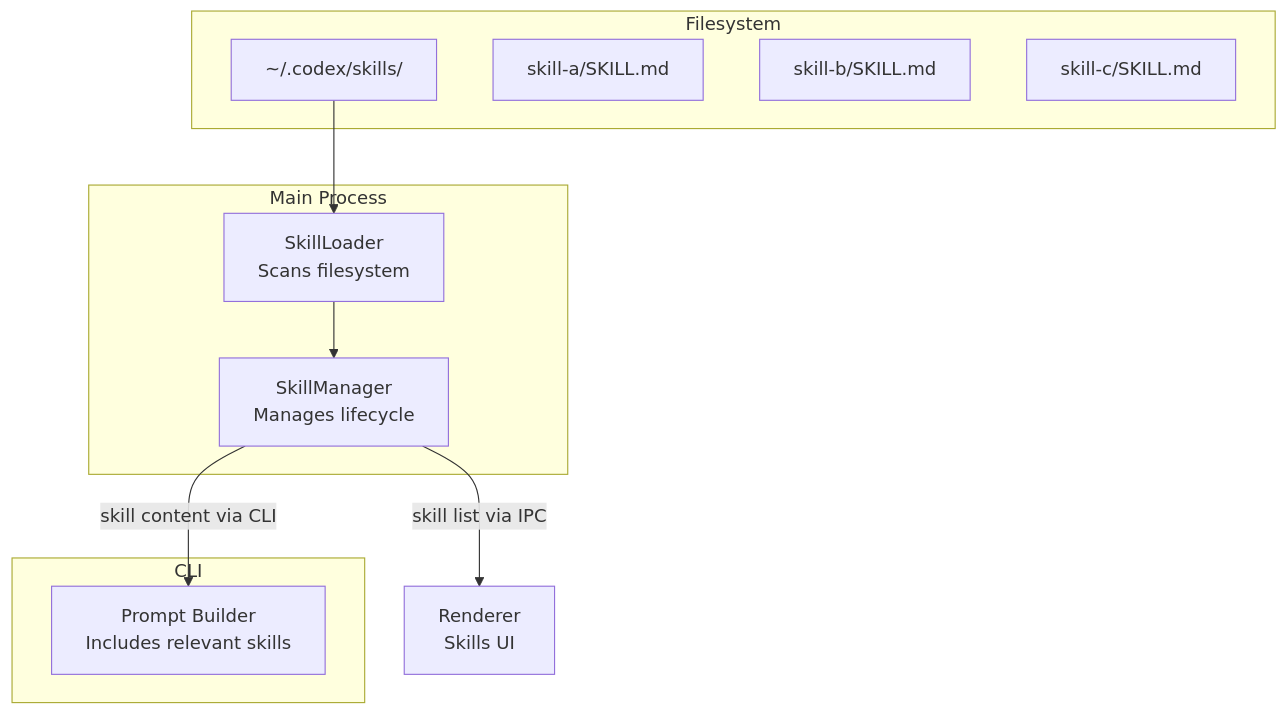
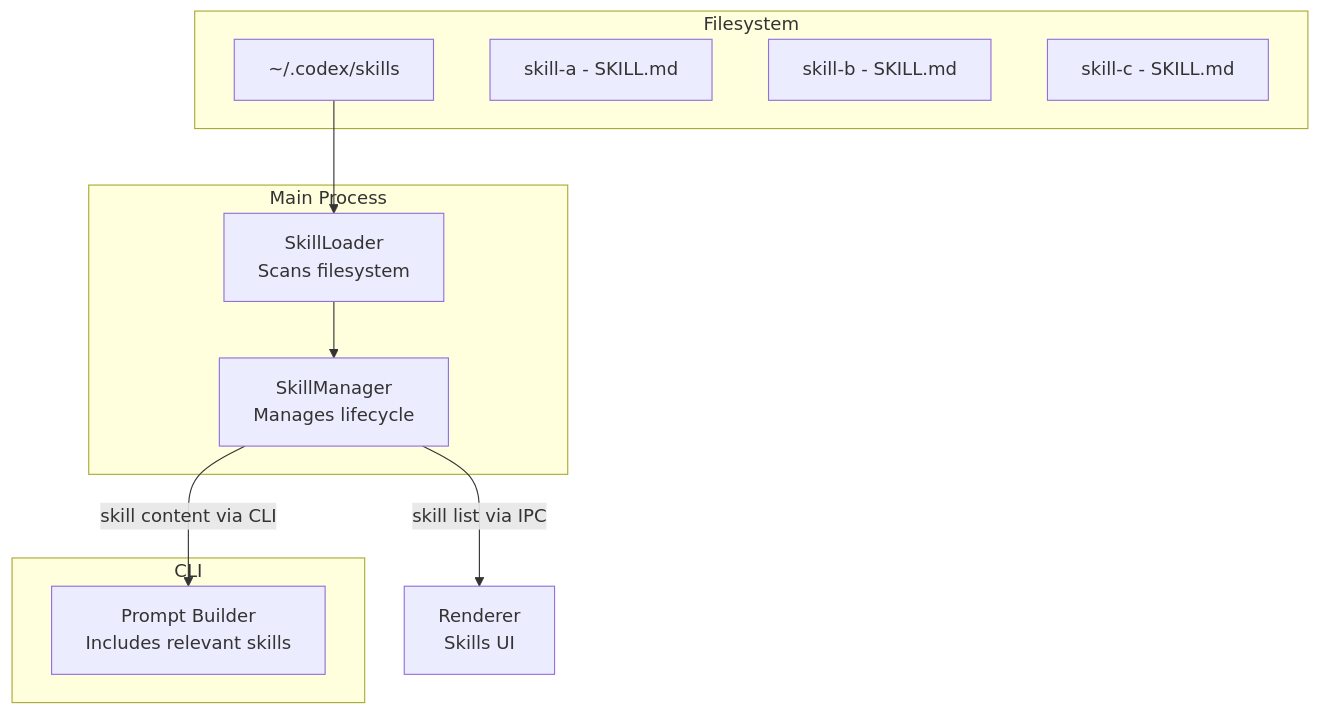
One commit to ChrisFeldmeier/codex-research changed the diagram in 12-skills-system.md. Above: the diagram before and after it, drawn with Mermaid. The commit also changed 10 other files, not shown here.

Commit message:
Refactor mermaid diagrams for improved clarity and consistency in label descriptions across various documentation files

````diff
--- a/12-skills-system.md
+++ b/12-skills-system.md
@@ -9,23 +9,23 @@
 ```mermaid
 flowchart TD
     subgraph "Filesystem"
-        SKILL_DIR["~/.codex/skills/"]
-        S1["skill-a/SKILL.md"]
-        S2["skill-b/SKILL.md"]
-        S3["skill-c/SKILL.md"]
+        SKILL_DIR["~/.codex/skills"]
+        S1["skill-a - SKILL.md"]
+        S2["skill-b - SKILL.md"]
+        S3["skill-c - SKILL.md"]
     end
 
     subgraph "Main Process"
         LOADER["SkillLoader<br/>Scans filesystem"]
         MANAGER["SkillManager<br/>Manages lifecycle"]
     end
 
     subgraph "CLI"
         PROMPT["Prompt Builder<br/>Includes relevant skills"]
     end
 
     SKILL_DIR --> LOADER
     LOADER --> MANAGER
     MANAGER -->|"skill list via IPC"| RENDERER["Renderer<br/>Skills UI"]
     MANAGER -->|"skill content via CLI"| PROMPT
 ```
````
